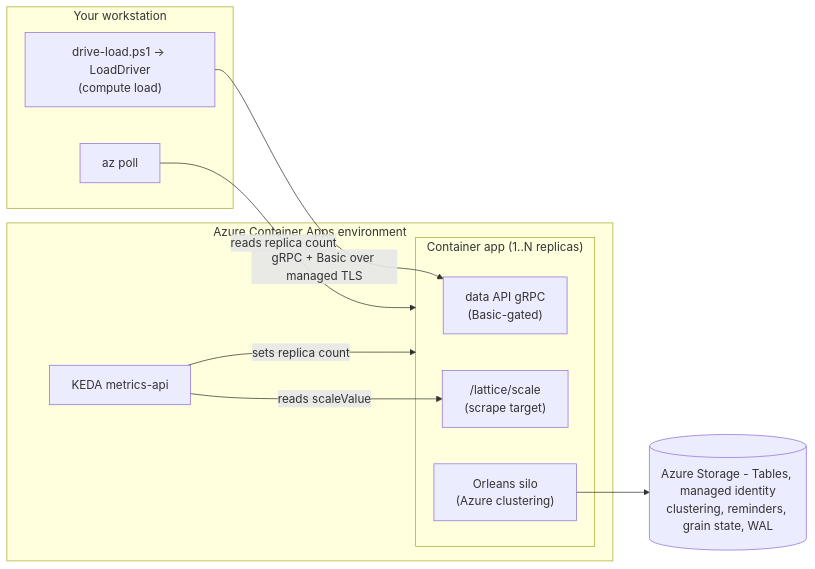
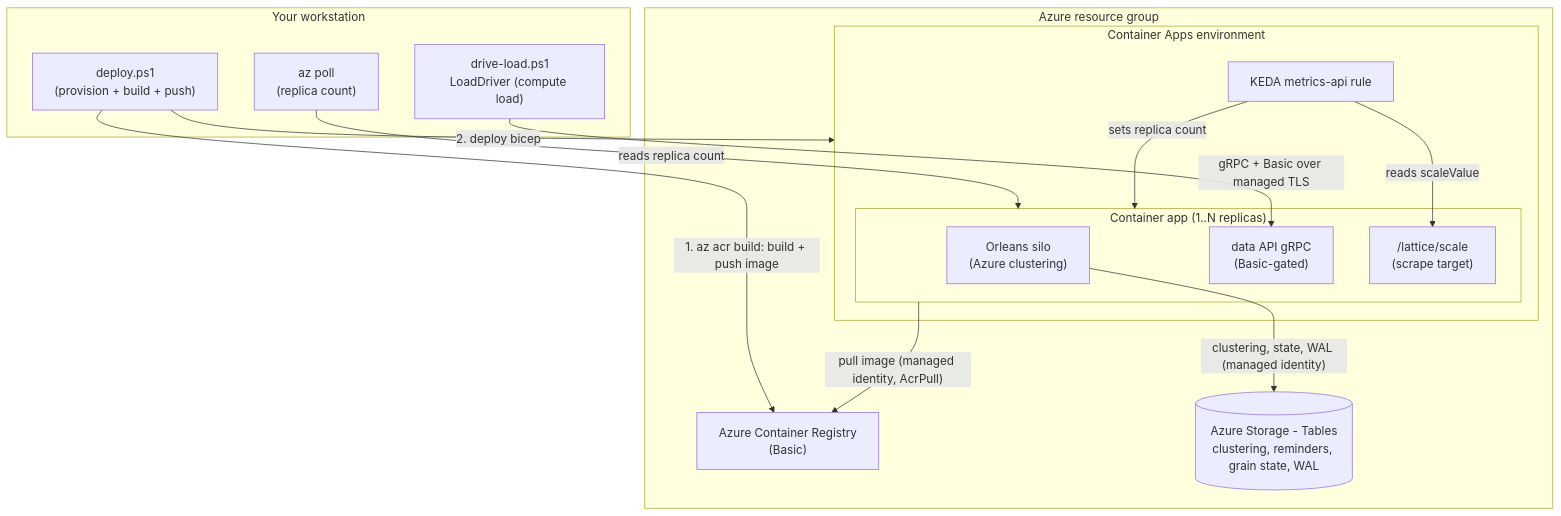
Before and after one commit to NSTA1/Orleans.Lattice: the diagram in samples/ClusterScaling/README.md, drawn with Mermaid.

Commit message:
Refresh ClusterScaling architecture diagram
Add the Azure Container Registry and the deploy-time build/push + bicep-deploy
flow to the Mermaid diagram, group all Azure resources inside the resource
group, show managed-identity image pull and storage access, and switch to a
top-down layout for clarity.

````diff
--- a/samples/ClusterScaling/README.md
+++ b/samples/ClusterScaling/README.md
@@ -37,24 +37,31 @@
 ```mermaid
-flowchart LR
+flowchart TB
     subgraph WS["Your workstation"]
-        LD["drive-load.ps1 -&gt; LoadDriver<br/>(compute load)"]
-        POLL["az poll"]
+        DEPLOY["deploy.ps1<br/>(provision + build + push)"]
+        DRIVE["drive-load.ps1<br/>LoadDriver (compute load)"]
+        POLL["az poll<br/>(replica count)"]
     end
 
-    subgraph ACA["Azure Container Apps environment"]
-        subgraph APP["Container app (1..N replicas)"]
-            API["data API gRPC<br/>(Basic-gated)"]
-            SCALE["/lattice/scale<br/>(scrape target)"]
-            SILO["Orleans silo<br/>(Azure clustering)"]
+    subgraph RG["Azure resource group"]
+        ACR["Azure Container Registry<br/>(Basic)"]
+        STORE[("Azure Storage - Tables<br/>clustering, reminders, grain state, WAL")]
+
+        subgraph ACA["Container Apps environment"]
+            KEDA["KEDA metrics-api rule"]
+            subgraph APP["Container app (1..N replicas)"]
+                SILO["Orleans silo<br/>(Azure clustering)"]
+                API["data API gRPC<br/>(Basic-gated)"]
+                SCALE["/lattice/scale<br/>(scrape target)"]
+            end
         end
-        KEDA["KEDA metrics-api"]
     end
 
-    STORE[("Azure Storage - Tables, managed identity<br/>clustering, reminders, grain state, WAL")]
-
-    LD -->|"gRPC + Basic over managed TLS"| API
+    DEPLOY -->|"1. az acr build: build + push image"| ACR
+    DEPLOY -->|"2. deploy bicep"| ACA
+    APP -->|"pull image (managed identity, AcrPull)"| ACR
+    SILO -->|"clustering, state, WAL (managed identity)"| STORE
+    DRIVE -->|"gRPC + Basic over managed TLS"| API
     POLL -->|"reads replica count"| APP
     KEDA -->|"reads scaleValue"| SCALE
     KEDA -->|"sets replica count"| APP
-    SILO --> STORE
 ```
````
